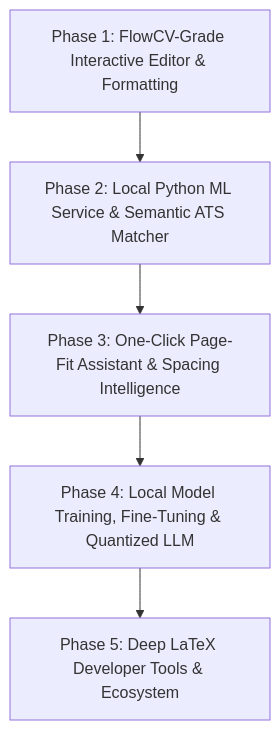
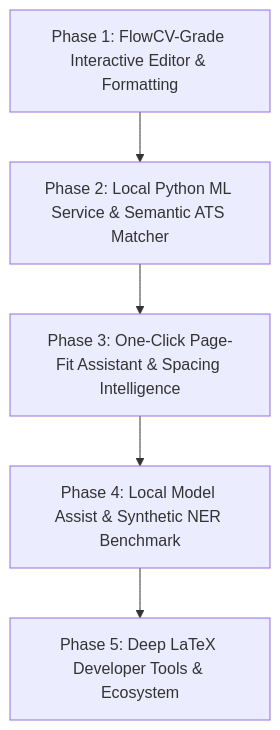
One commit to Atik203/Resume-Studio changed the diagram in ROADMAP.md. Above: the diagram before and after it, drawn with Mermaid. The commit also changed other lines of this file and 3 other files, not shown here.

````diff
--- a/ROADMAP.md
+++ b/ROADMAP.md
@@ -108,7 +108,7 @@
 ```mermaid
 graph TD
     P1[Phase 1: FlowCV-Grade Interactive Editor & Formatting] --> P2[Phase 2: Local Python ML Service & Semantic ATS Matcher]
     P2 --> P3[Phase 3: One-Click Page-Fit Assistant & Spacing Intelligence]
-    P3 --> P4[Phase 4: Local Model Training, Fine-Tuning & Quantized LLM]
+    P3 --> P4[Phase 4: Local Model Assist & Synthetic NER Benchmark]
     P4 --> P5[Phase 5: Deep LaTeX Developer Tools & Ecosystem]
 ```
````
